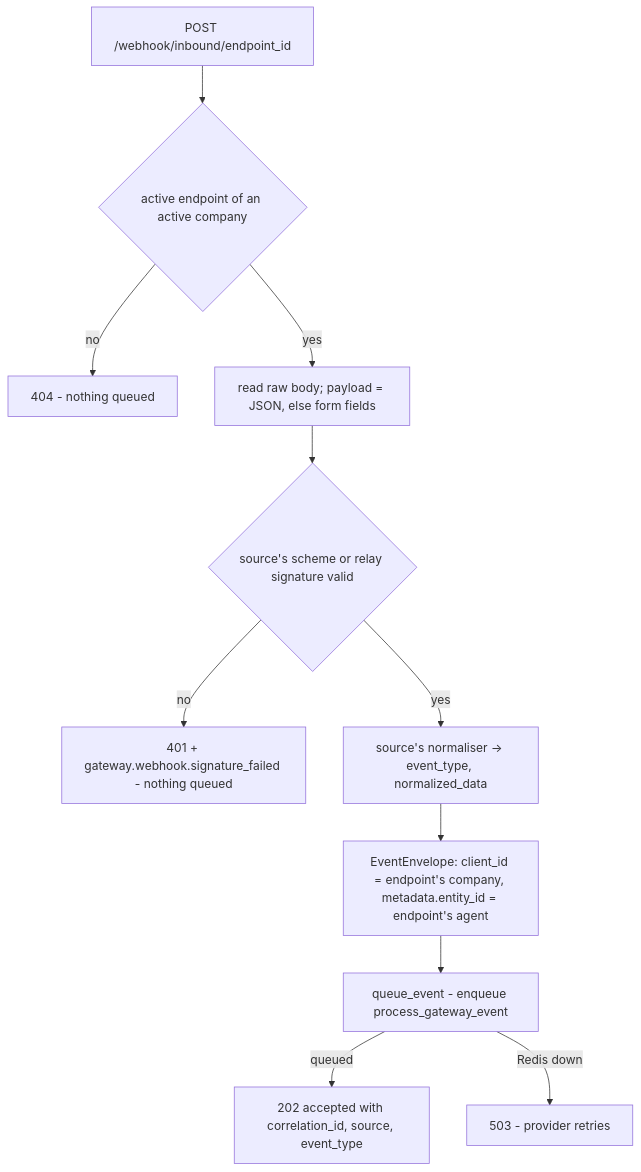
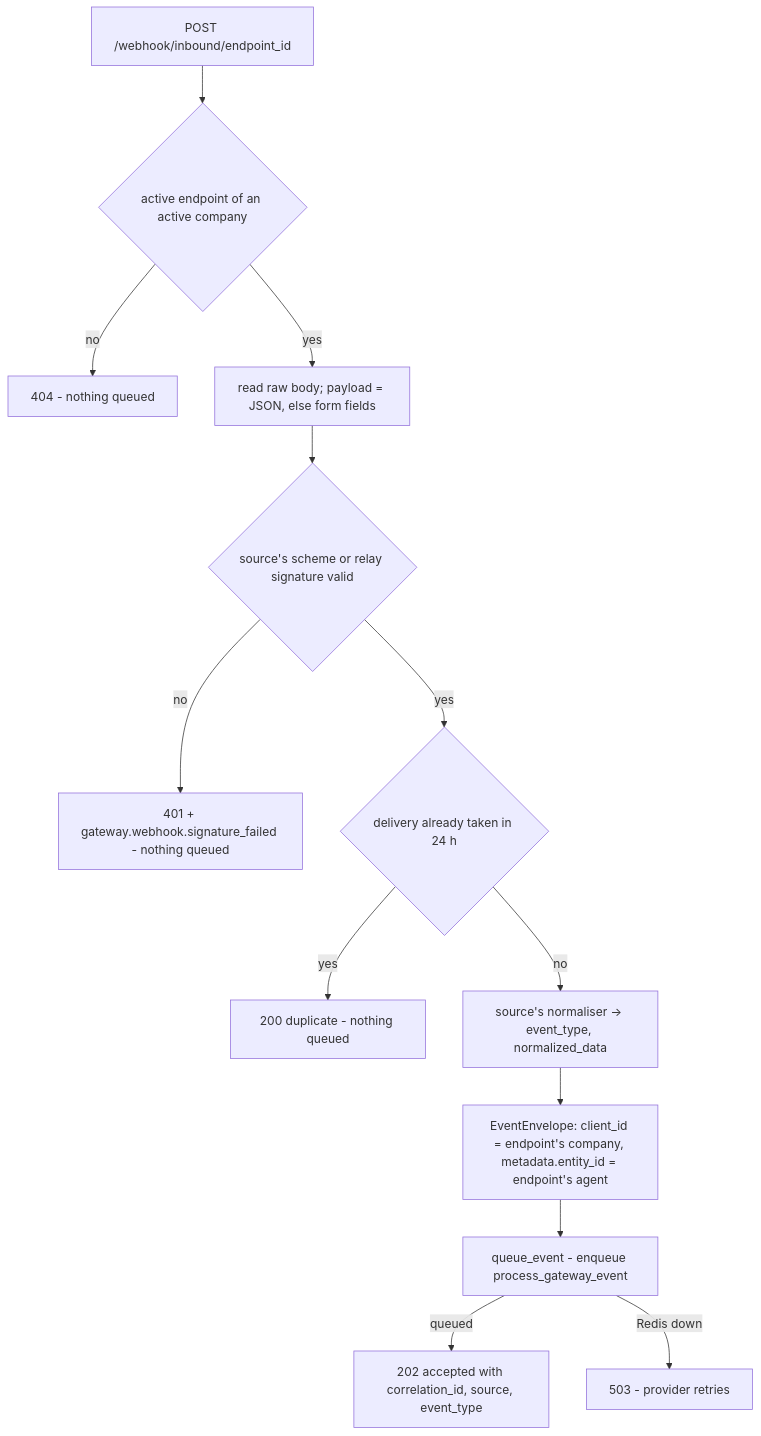
The eighth of 20 diagrams in docs/current/13-gateway-and-realtime.md (gondolerahul/hire-buddha-app), drawn with Mermaid before and after one commit. The commit also changed other lines of this file and 6 other files, not shown here.

````diff
--- a/docs/current/13-gateway-and-realtime.md
+++ b/docs/current/13-gateway-and-realtime.md
@@ -574,13 +574,15 @@
 ```mermaid
 flowchart TD
     IN["POST /webhook/inbound/endpoint_id"] --> LOAD{"active endpoint of an active company"}
     LOAD -->|no| R404["404 - nothing queued"]
     LOAD -->|yes| BODY["read raw body; payload = JSON, else form fields"]
     BODY --> SIG{"source's scheme or relay signature valid"}
     SIG -->|no| R401["401 + gateway.webhook.signature_failed - nothing queued"]
-    SIG -->|yes| NORM["source's normaliser -> event_type, normalized_data"]
+    SIG -->|yes| DUP{"delivery already taken in 24 h"}
+    DUP -->|yes| R200["200 duplicate - nothing queued"]
+    DUP -->|no| NORM["source's normaliser -> event_type, normalized_data"]
     NORM --> ENV["EventEnvelope: client_id = endpoint's company, metadata.entity_id = endpoint's agent"]
     ENV --> QE["queue_event - enqueue process_gateway_event"]
     QE -->|queued| R202["202 accepted with correlation_id, source, event_type"]
     QE -->|Redis down| R503["503 - provider retries"]
 ```
````
